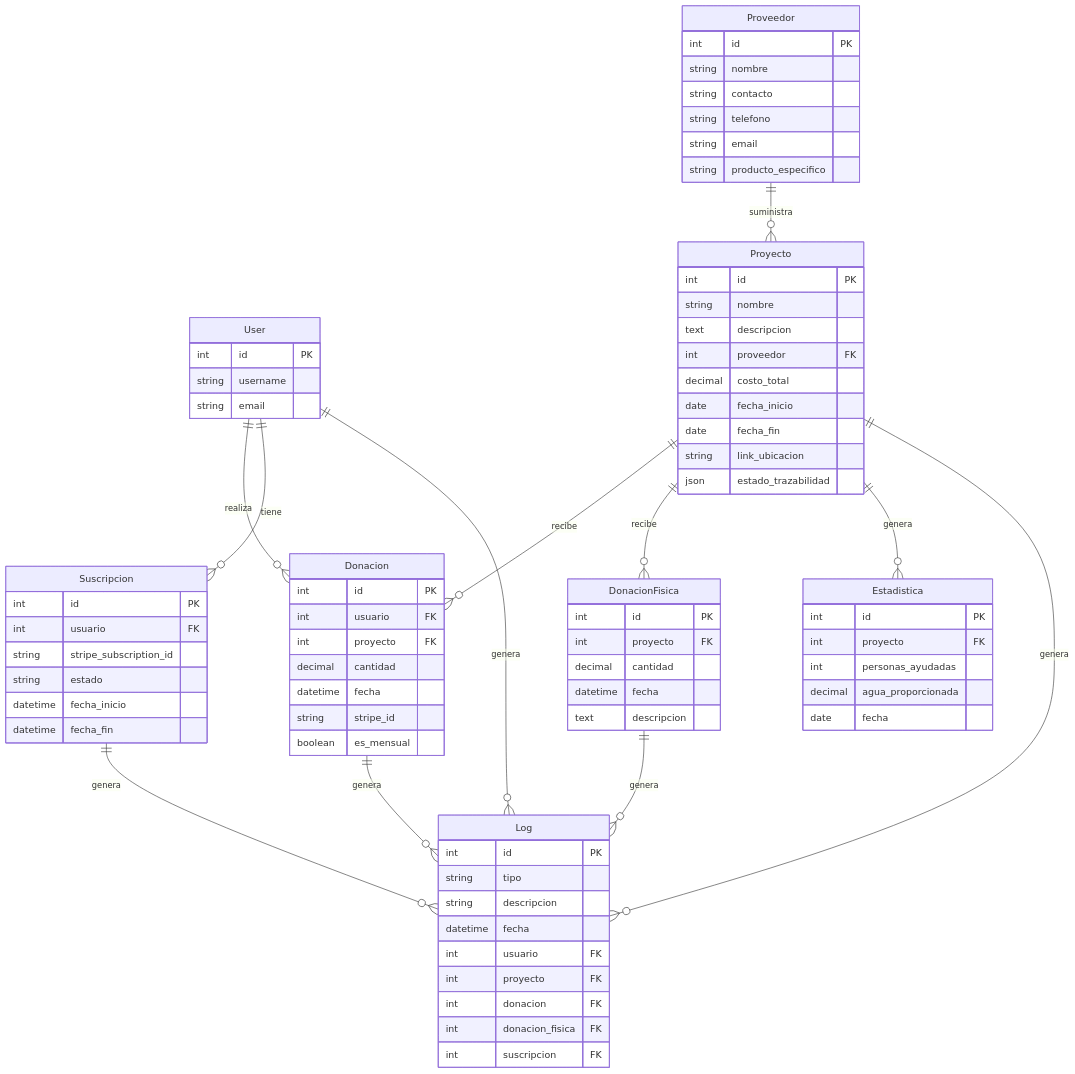
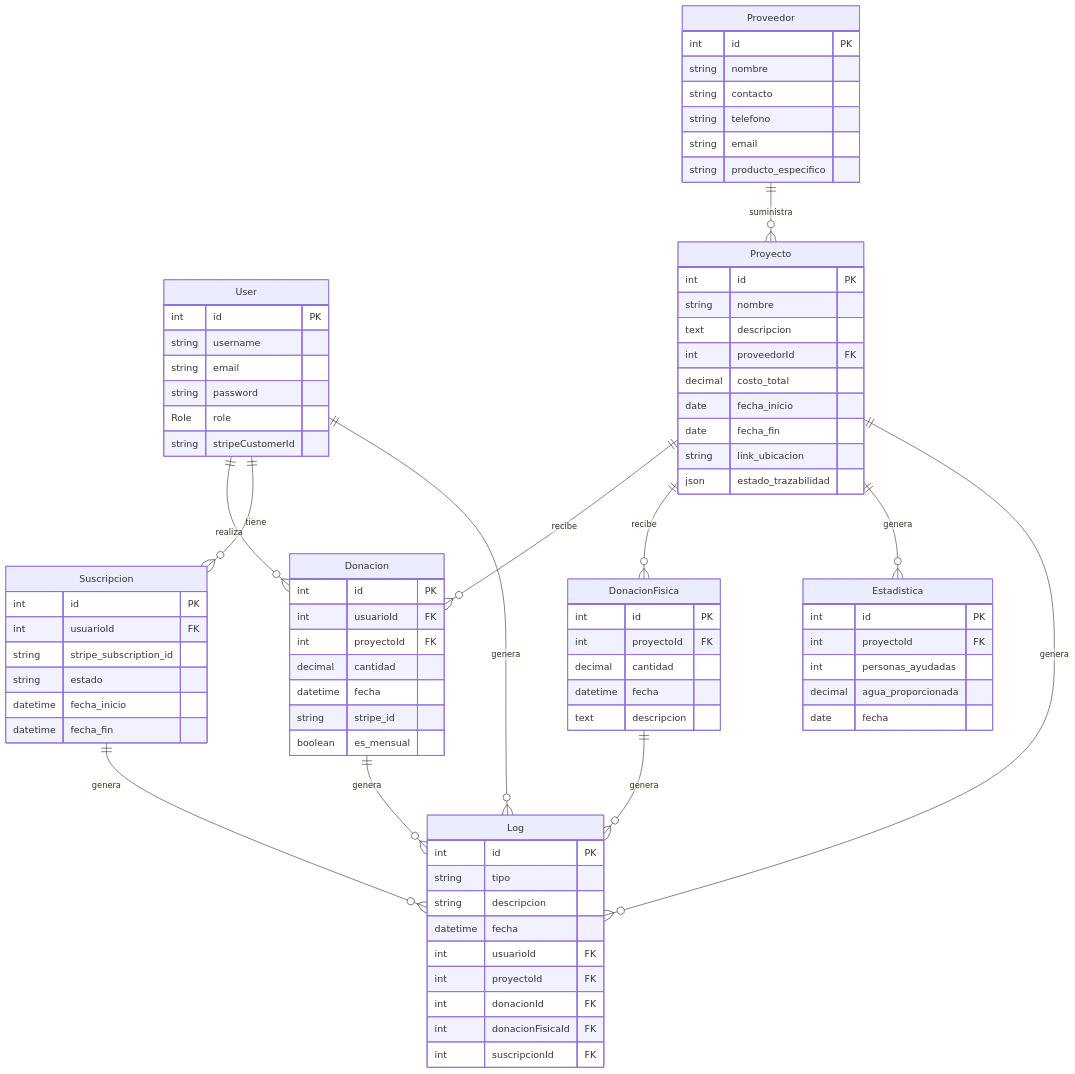
One commit to Emilio-Ramirez/SandersApp changed the diagram in README.md. Above: the diagram before and after it, drawn with Mermaid. The commit also changed 5 other files, not shown here.

````diff
--- a/README.md
+++ b/README.md
@@ -20,11 +20,11 @@
 erDiagram
     User ||--o{ Donacion : realiza
     User ||--o{ Suscripcion : tiene
+    User ||--o{ Log : genera
     Proveedor ||--o{ Proyecto : suministra
     Proyecto ||--o{ Donacion : recibe
     Proyecto ||--o{ DonacionFisica : recibe
     Proyecto ||--o{ Estadistica : genera
-    User ||--o{ Log : genera
     Proyecto ||--o{ Log : genera
     Donacion ||--o{ Log : genera
     DonacionFisica ||--o{ Log : genera
@@ -34,6 +34,9 @@
         int id PK
         string username
         string email
+        string password
+        Role role
+        string stripeCustomerId
     }
     Proveedor {
         int id PK
@@ -47,7 +50,7 @@
         int id PK
         string nombre
         text descripcion
-        int proveedor FK
+        int proveedorId FK
         decimal costo_total
         date fecha_inicio
         date fecha_fin
@@ -56,8 +59,8 @@
     }
     Donacion {
         int id PK
-        int usuario FK
-        int proyecto FK
+        int usuarioId FK
+        int proyectoId FK
         decimal cantidad
         datetime fecha
         string stripe_id
@@ -65,14 +68,14 @@
     }
     DonacionFisica {
         int id PK
-        int proyecto FK
+        int proyectoId FK
         decimal cantidad
         datetime fecha
         text descripcion
     }
     Suscripcion {
         int id PK
-        int usuario FK
+        int usuarioId FK
         string stripe_subscription_id
         string estado
         datetime fecha_inicio
@@ -80,7 +83,7 @@
     }
     Estadistica {
         int id PK
-        int proyecto FK
+        int proyectoId FK
         int personas_ayudadas
         decimal agua_proporcionada
         date fecha
@@ -90,10 +93,10 @@
         string tipo
         string descripcion
         datetime fecha
-        int usuario FK
-        int proyecto FK
-        int donacion FK
-        int donacion_fisica FK
-        int suscripcion FK
+        int usuarioId FK
+        int proyectoId FK
+        int donacionId FK
+        int donacionFisicaId FK
+        int suscripcionId FK
     }
 ```
````
